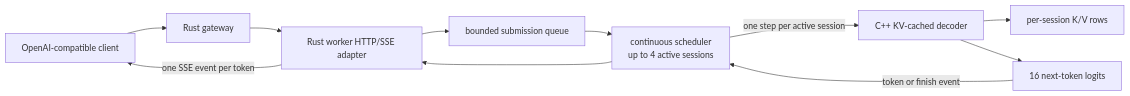
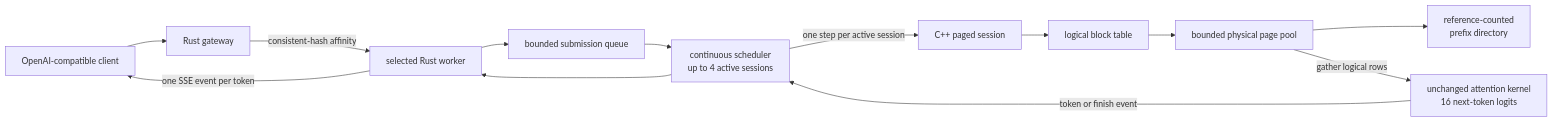
The diagram in README.md (conan505/inferLab), drawn with Mermaid before and after one commit. The commit also changed other lines of this file and 42 other files, not shown here.

Commit message:
v0.9 paged KV cache and prefix ownership

````diff
--- a/README.md
+++ b/README.md
@@ -14,13 +14,15 @@
 ```mermaid
 flowchart LR
     C["OpenAI-compatible client"] --> G["Rust gateway"]
-    G --> H["Rust worker HTTP/SSE adapter"]
+    G -->|"consistent-hash affinity"| H["selected Rust worker"]
     H --> Q["bounded submission queue"]
     Q --> S["continuous scheduler<br/>up to 4 active sessions"]
-    S -->|"one step per active session"| D["C++ KV-cached decoder"]
-    D --> K["per-session K/V rows"]
-    D --> L["16 next-token logits"]
+    S -->|"one step per active session"| D["C++ paged session"]
+    D --> T["logical block table"]
+    T --> P["bounded physical page pool"]
+    P --> R["reference-counted<br/>prefix directory"]
+    P -->|"gather logical rows"| L["unchanged attention kernel<br/>16 next-token logits"]
     L -->|"token or finish event"| S
     S --> H
     H -->|"one SSE event per token"| C
 ```
````
